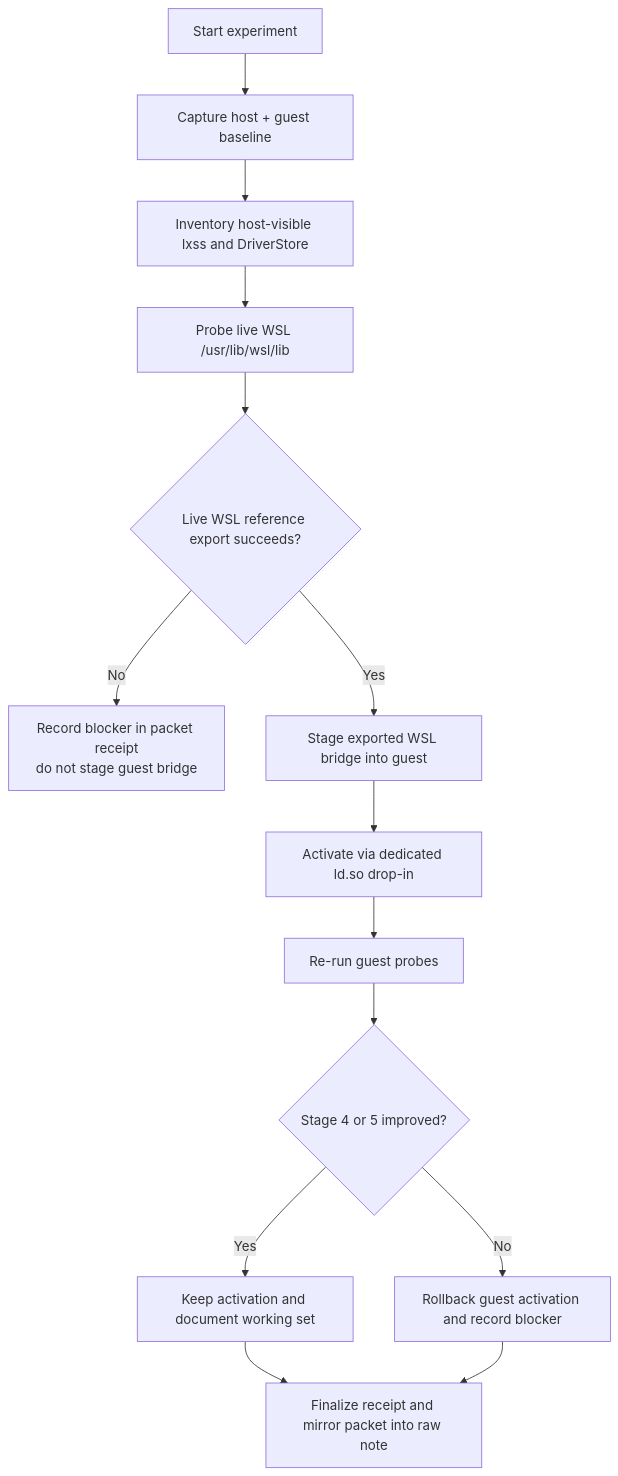
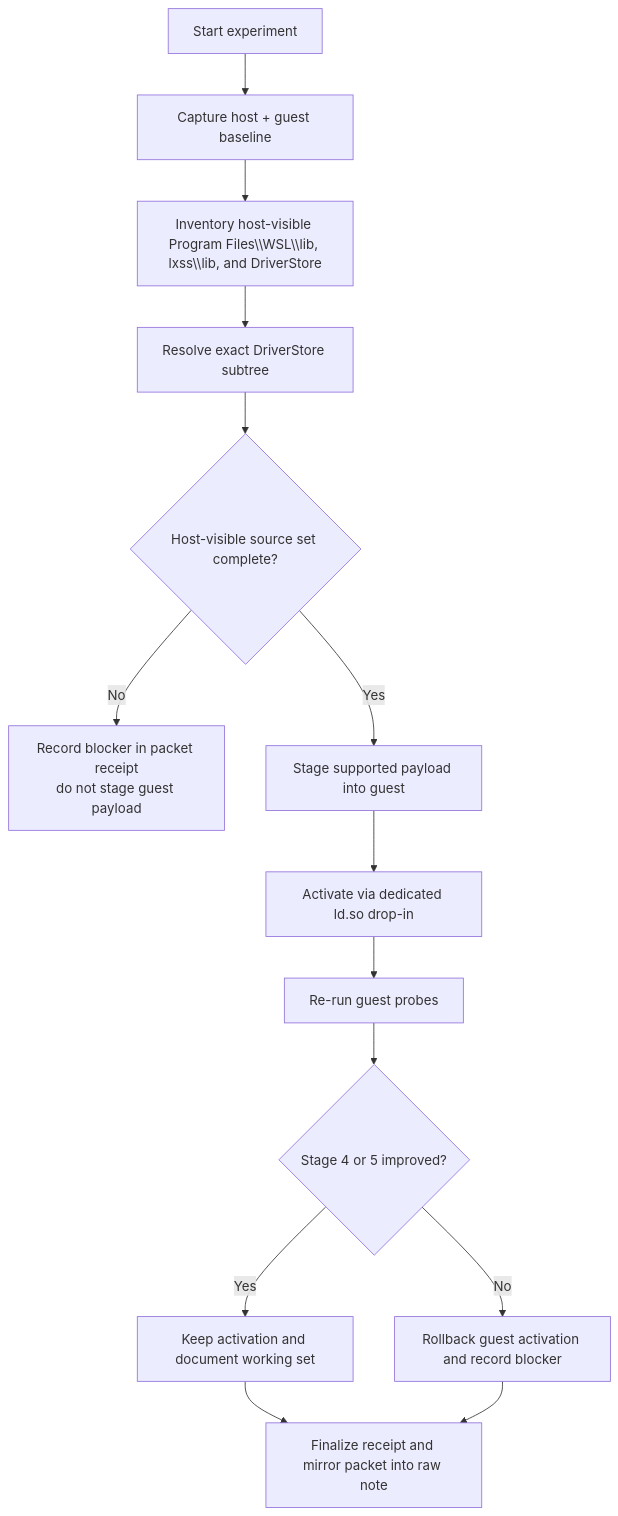
Before and after one commit to doesitscript/dotfile-vnext: the second of 3 diagrams in docs/plans/2026-07-08--hyper-v-ubuntu-gpu-dx-build-from-wsl-incomplete/README.md, drawn with Mermaid. The commit also changed other lines of this file and 98 other files, not shown here.

````diff
--- a/docs/plans/2026-07-08--hyper-v-ubuntu-gpu-dx-build-from-wsl-incomplete/README.md
+++ b/docs/plans/2026-07-08--hyper-v-ubuntu-gpu-dx-build-from-wsl-incomplete/README.md
@@ -116,16 +135,16 @@
 ```mermaid
 flowchart TD
     S["Start experiment"] --> T["Capture host + guest baseline"]
-    T --> U["Inventory host-visible lxss and DriverStore"]
-    U --> V["Probe live WSL /usr/lib/wsl/lib"]
-    V --> W{"Live WSL reference export succeeds?"}
-    W -- No --> X["Record blocker in packet receipt<br/>do not stage guest bridge"]
-    W -- Yes --> Y["Stage exported WSL bridge into guest"]
+    T --> U["Inventory host-visible Program Files\\WSL\\lib, lxss\\lib, and DriverStore"]
+    U --> V["Resolve exact DriverStore subtree"]
+    V --> W{"Host-visible source set complete?"}
+    W -- No --> X["Record blocker in packet receipt<br/>do not stage guest payload"]
+    W -- Yes --> Y["Stage supported payload into guest"]
     Y --> Z["Activate via dedicated ld.so drop-in"]
     Z --> AA["Re-run guest probes"]
     AA --> AB{"Stage 4 or 5 improved?"}
     AB -- Yes --> AC["Keep activation and document working set"]
     AB -- No --> AD["Rollback guest activation and record blocker"]
     AC --> AE["Finalize receipt and mirror packet into raw note"]
     AD --> AE
 ```
````
